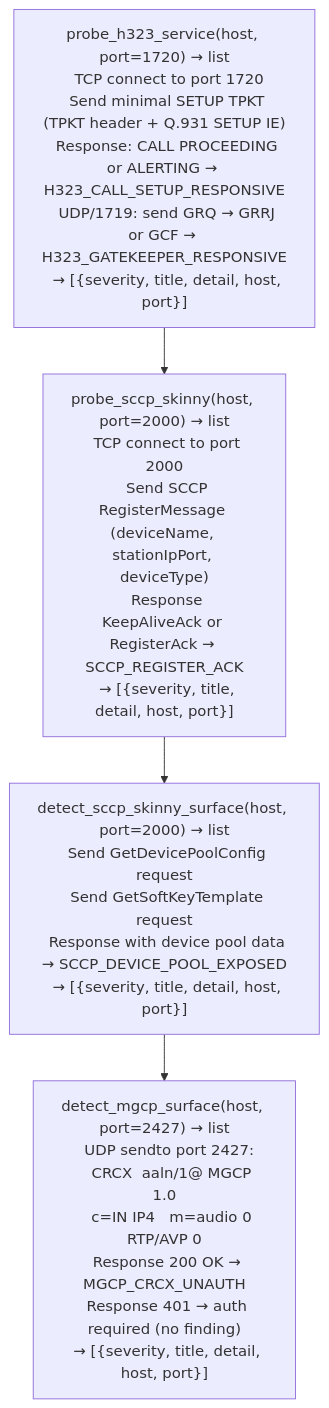
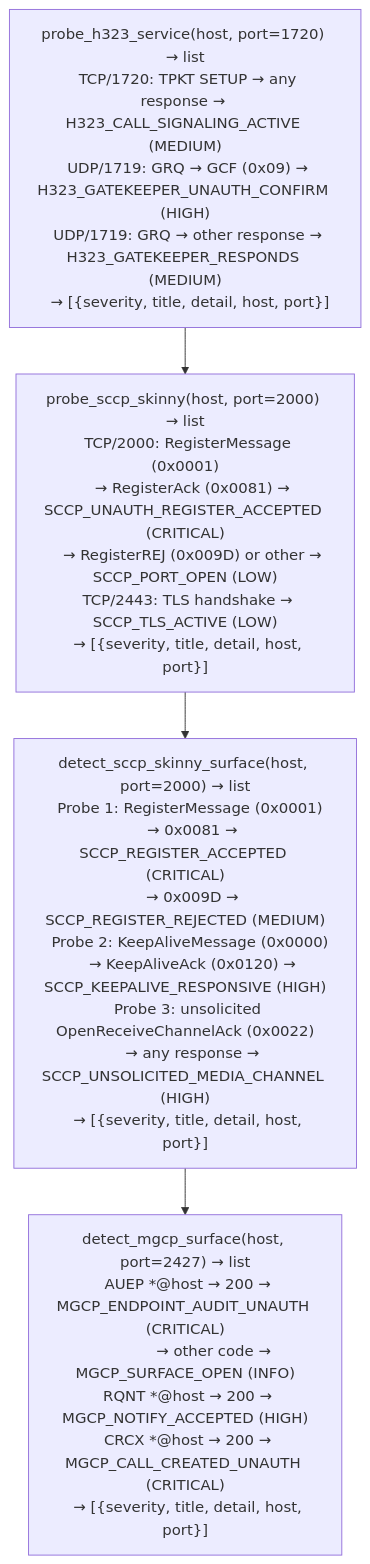
Before and after one commit to Ablation-Tool/ablation: the diagram in docs/reference-modules/legacy-voice-protocols.md, drawn with Mermaid. The commit also changed other lines of this file and 8 other files, not shown here.

````diff
--- a/docs/reference-modules/legacy-voice-protocols.md
+++ b/docs/reference-modules/legacy-voice-protocols.md
@@ -19,6 +19,6 @@
 ```mermaid
 flowchart TD
-    A["probe_h323_service(host, port=1720) → list\n  TCP connect to port 1720\n  Send minimal SETUP TPKT (TPKT header + Q.931 SETUP IE)\n  Response: CALL PROCEEDING or ALERTING → H323_CALL_SETUP_RESPONSIVE\n  UDP/1719: send GRQ → GRRJ or GCF → H323_GATEKEEPER_RESPONSIVE\n  → [{severity, title, detail, host, port}]"] --> B["probe_sccp_skinny(host, port=2000) → list\n  TCP connect to port 2000\n  Send SCCP RegisterMessage (deviceName, stationIpPort, deviceType)\n  Response KeepAliveAck or RegisterAck → SCCP_REGISTER_ACK\n  → [{severity, title, detail, host, port}]"]
-    B --> C["detect_sccp_skinny_surface(host, port=2000) → list\n  Send GetDevicePoolConfig request\n  Send GetSoftKeyTemplate request\n  Response with device pool data → SCCP_DEVICE_POOL_EXPOSED\n  → [{severity, title, detail, host, port}]"]
-    C --> D["detect_mgcp_surface(host, port=2427) → list\n  UDP sendto port 2427:\n    CRCX <txid> aaln/1@<host> MGCP 1.0\n    c=IN IP4 <host>  m=audio 0 RTP/AVP 0\n  Response 200 OK → MGCP_CRCX_UNAUTH\n  Response 401 → auth required (no finding)\n  → [{severity, title, detail, host, port}]"]
+    A["probe_h323_service(host, port=1720) → list\n  TCP/1720: TPKT SETUP → any response → H323_CALL_SIGNALING_ACTIVE (MEDIUM)\n  UDP/1719: GRQ → GCF (0x09) → H323_GATEKEEPER_UNAUTH_CONFIRM (HIGH)\n  UDP/1719: GRQ → other response → H323_GATEKEEPER_RESPONDS (MEDIUM)\n  → [{severity, title, detail, host, port}]"] --> B["probe_sccp_skinny(host, port=2000) → list\n  TCP/2000: RegisterMessage (0x0001)\n    → RegisterAck (0x0081) → SCCP_UNAUTH_REGISTER_ACCEPTED (CRITICAL)\n    → RegisterREJ (0x009D) or other → SCCP_PORT_OPEN (LOW)\n  TCP/2443: TLS handshake → SCCP_TLS_ACTIVE (LOW)\n  → [{severity, title, detail, host, port}]"]
+    B --> C["detect_sccp_skinny_surface(host, port=2000) → list\n  Probe 1: RegisterMessage (0x0001)\n    → 0x0081 → SCCP_REGISTER_ACCEPTED (CRITICAL)\n    → 0x009D → SCCP_REGISTER_REJECTED (MEDIUM)\n  Probe 2: KeepAliveMessage (0x0000)\n    → KeepAliveAck (0x0120) → SCCP_KEEPALIVE_RESPONSIVE (HIGH)\n  Probe 3: unsolicited OpenReceiveChannelAck (0x0022)\n    → any response → SCCP_UNSOLICITED_MEDIA_CHANNEL (HIGH)\n  → [{severity, title, detail, host, port}]"]
+    C --> D["detect_mgcp_surface(host, port=2427) → list\n  AUEP *@host → 200 → MGCP_ENDPOINT_AUDIT_UNAUTH (CRITICAL)\n             → other code → MGCP_SURFACE_OPEN (INFO)\n  RQNT *@host → 200 → MGCP_NOTIFY_ACCEPTED (HIGH)\n  CRCX *@host → 200 → MGCP_CALL_CREATED_UNAUTH (CRITICAL)\n  → [{severity, title, detail, host, port}]"]
 ```
````
